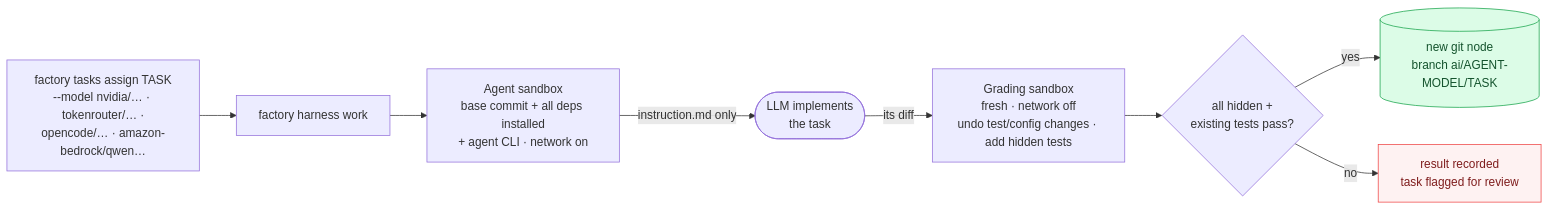
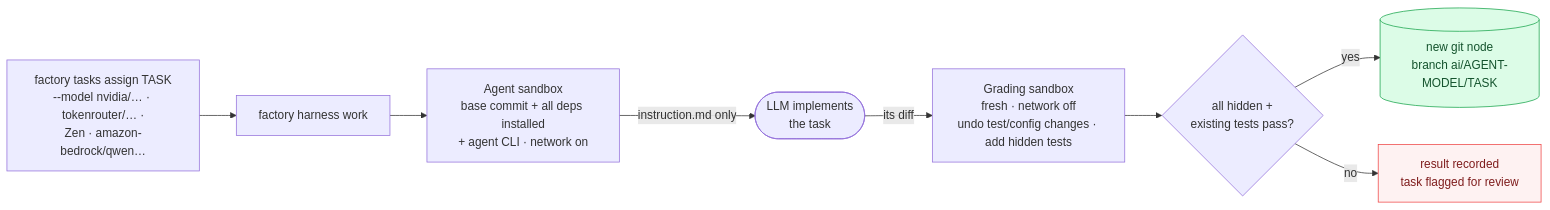
The fifth of 6 diagrams in README.md (sreenivasivbieb/task-factory), drawn with Mermaid before and after one commit. The commit also changed other lines of this file and 2 other files, not shown here.

First line of the commit message:
Document the Task Factory terminal and engine agent

````diff
--- a/README.md
+++ b/README.md
@@ -286,15 +324,15 @@
 ```mermaid
 flowchart LR
-    A["factory tasks assign TASK<br/>--model nvidia/… · tokenrouter/… ·<br/>opencode/… · amazon-bedrock/qwen…"] --> W["factory harness work"]
+    A["factory tasks assign TASK<br/>--model nvidia/… · tokenrouter/… ·<br/>Zen · amazon-bedrock/qwen…"] --> W["factory harness work"]
     W --> S1["Agent sandbox<br/>base commit + all deps installed<br/>+ agent CLI · network on"]
     S1 -->|"instruction.md only"| M(["LLM implements<br/>the task"])
     M -->|"its diff"| S2["Grading sandbox<br/>fresh · network off<br/>undo test/config changes · add hidden tests"]
     S2 --> Q{"all hidden +<br/>existing tests pass?"}
     Q -- yes --> N[("new git node<br/>branch ai/AGENT-MODEL/TASK")]
     Q -- no --> F["result recorded<br/>task flagged for review"]
 
     classDef good fill:#dcfce7,stroke:#16a34a,color:#14532d;
     classDef bad fill:#fef2f2,stroke:#ef4444,color:#7f1d1d;
     class N good;
     class F bad;
 ```
````
